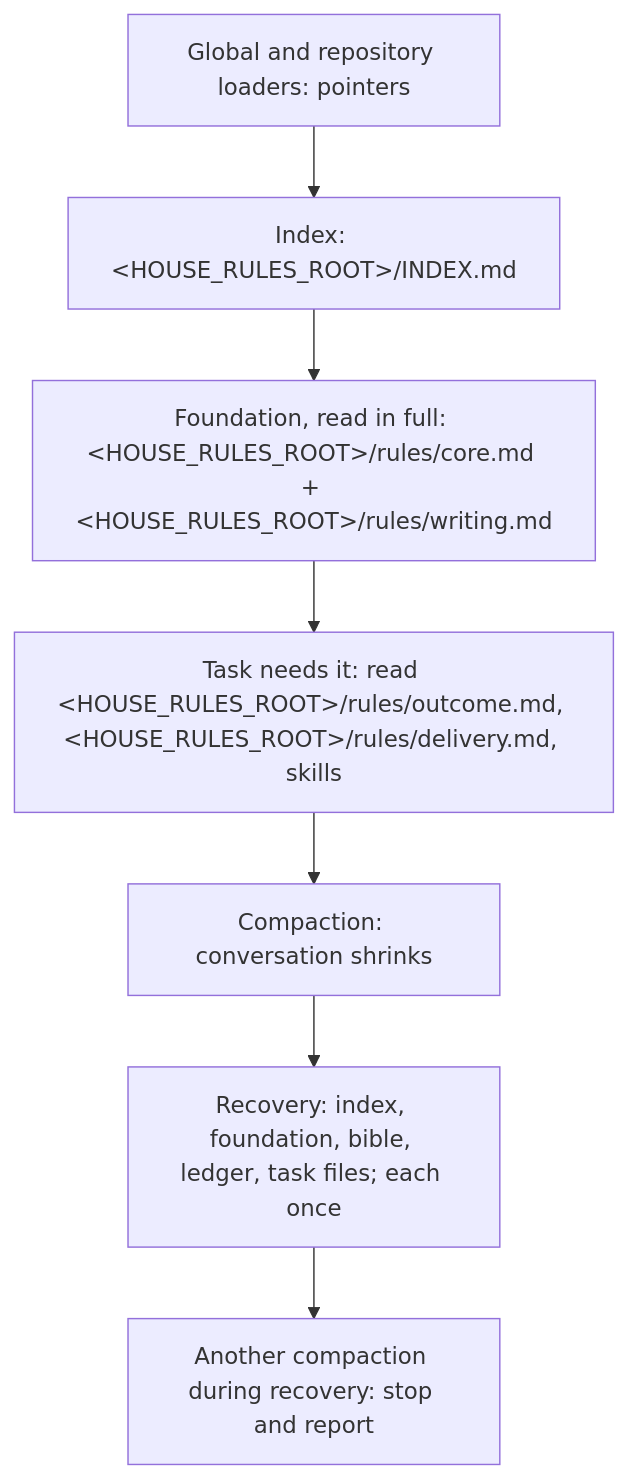
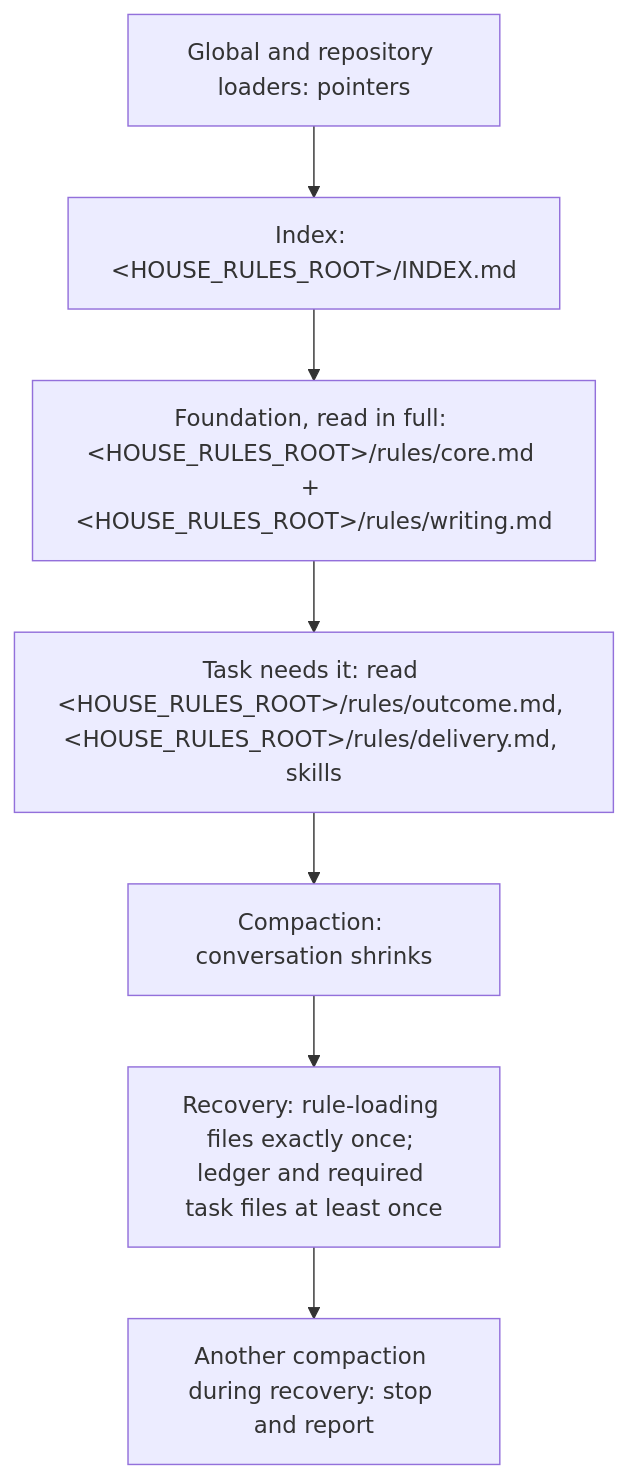
One commit to jak-pan/house-rules changed the diagram in docs/design/73-instruction-layer-foundation.md. Above: the diagram before and after it, drawn with Mermaid. The commit also changed other lines of this file, not shown here.

Commit message:
Design #73: canaries rejected task rereads; normal verification failed; scope exactly-once checks to rule loading

````diff
--- a/docs/design/73-instruction-layer-foundation.md
+++ b/docs/design/73-instruction-layer-foundation.md
@@ -106,9 +109,9 @@
 ```mermaid
 flowchart TB
   A["Global and repository loaders: pointers"] --> B["Index: &lt;HOUSE_RULES_ROOT&gt;/INDEX.md"]
   B --> C["Foundation, read in full: &lt;HOUSE_RULES_ROOT&gt;/rules/core.md + &lt;HOUSE_RULES_ROOT&gt;/rules/writing.md"]
   C --> D["Task needs it: read &lt;HOUSE_RULES_ROOT&gt;/rules/outcome.md, &lt;HOUSE_RULES_ROOT&gt;/rules/delivery.md, skills"]
   D --> E["Compaction: conversation shrinks"]
-  E --> F["Recovery: index, foundation, bible, ledger, task files; each once"]
+  E --> F["Recovery: rule-loading files exactly once; ledger and required task files at least once"]
   F --> G["Another compaction during recovery: stop and report"]
 ```
````
